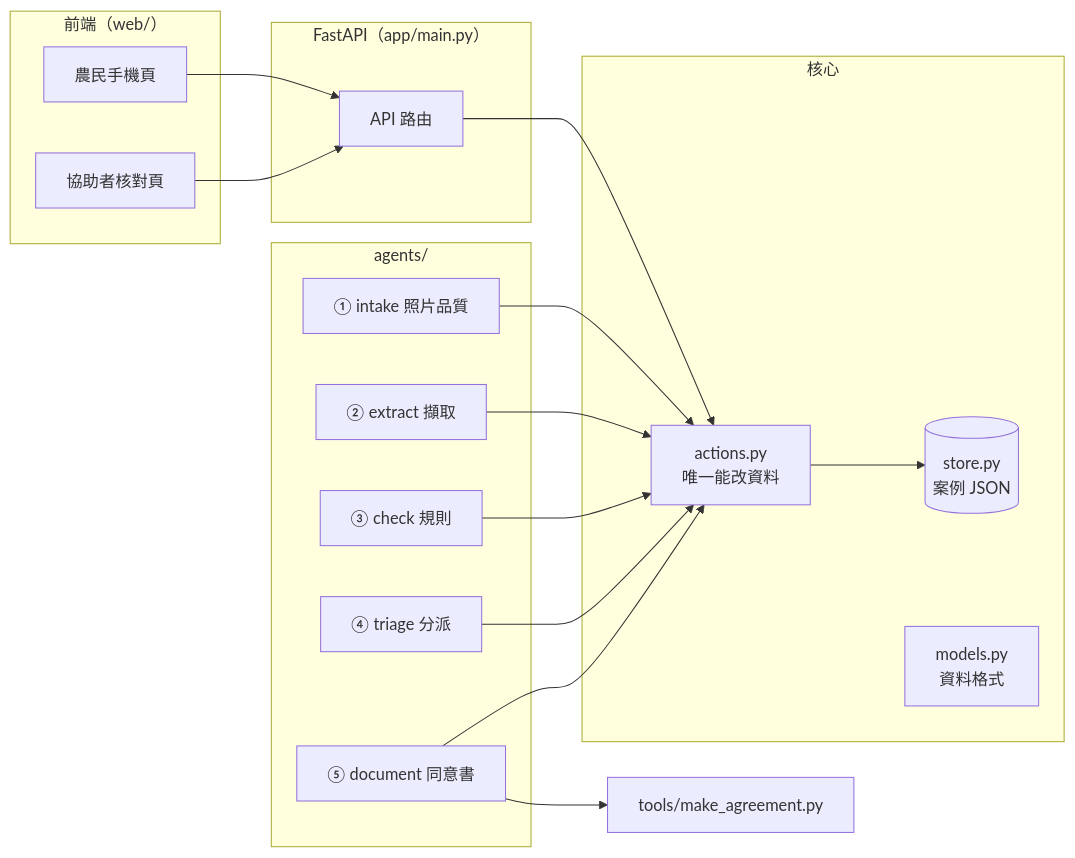
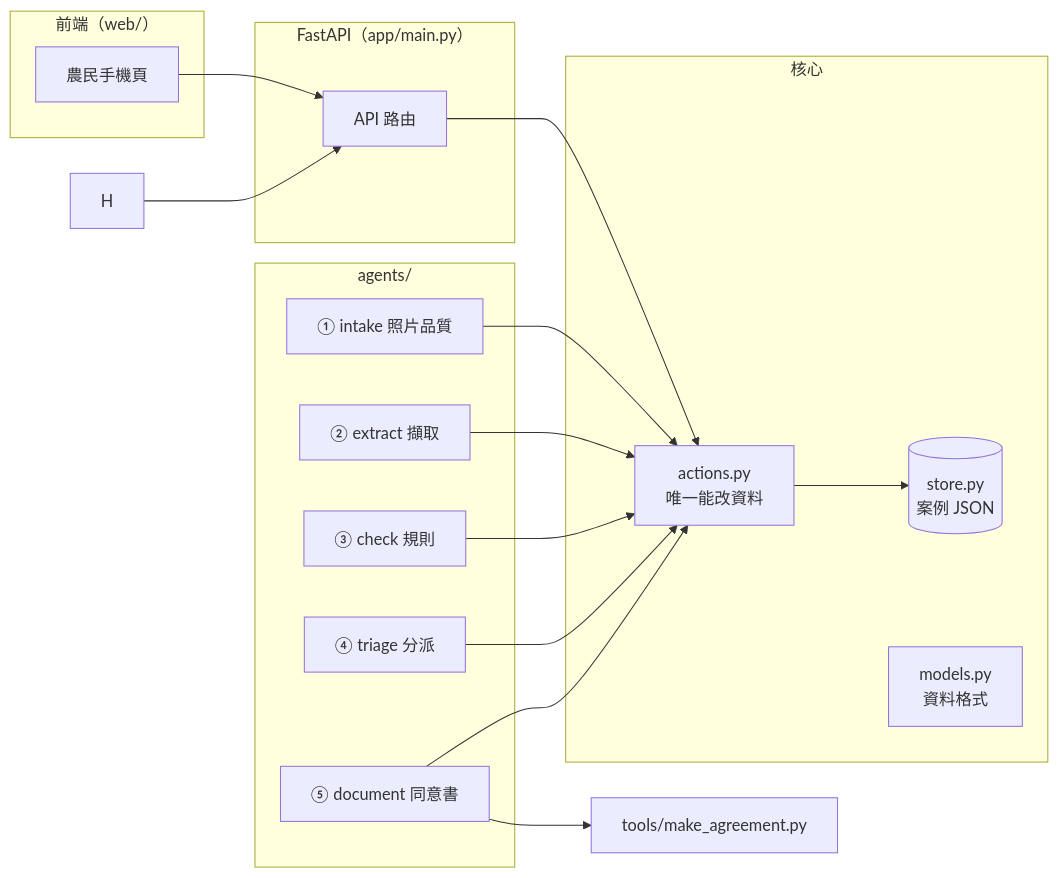
One commit to ray37669429/hack-day changed the diagram in docs/backend-design.md. Above: the diagram before and after it, drawn with Mermaid. The commit also changed other lines of this file and 21 other files, not shown here.

````diff
--- a/docs/backend-design.md
+++ b/docs/backend-design.md
@@ -15,32 +15,31 @@
 ```mermaid
 flowchart LR
   subgraph web["前端（web/）"]
     F["農民手機頁"]
-    H["協助者核對頁"]
   end
   subgraph api["FastAPI（app/main.py）"]
     R["API 路由"]
   end
   subgraph core["核心"]
     A["actions.py<br/>唯一能改資料"]
     S[("store.py<br/>案例 JSON")]
     M["models.py<br/>資料格式"]
   end
   subgraph ag["agents/"]
     A1["① intake 照片品質"]
     A2["② extract 擷取"]
     A3["③ check 規則"]
     A4["④ triage 分派"]
     A5["⑤ document 同意書"]
   end
   F --> R
   H --> R
   R --> A
   A --> S
   A1 --> A
   A2 --> A
   A3 --> A
   A4 --> A
   A5 --> A
   A5 --> W["tools/make_agreement.py"]
 ```
````
